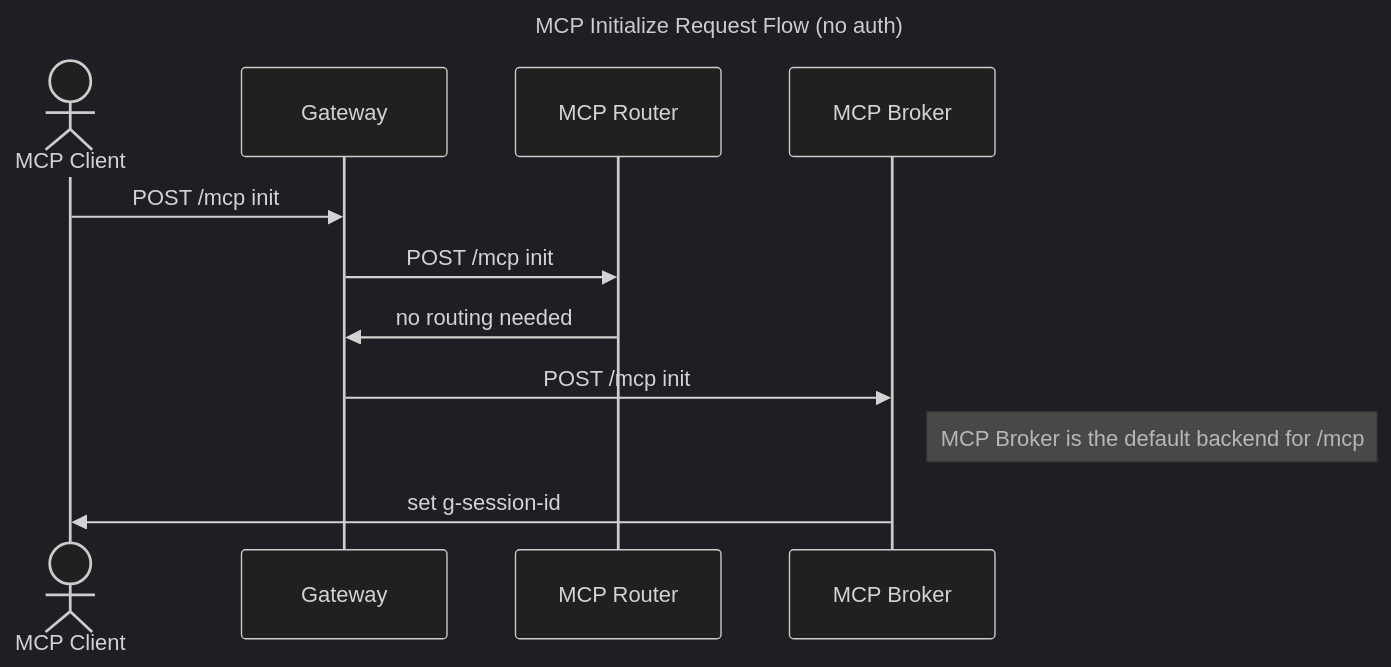
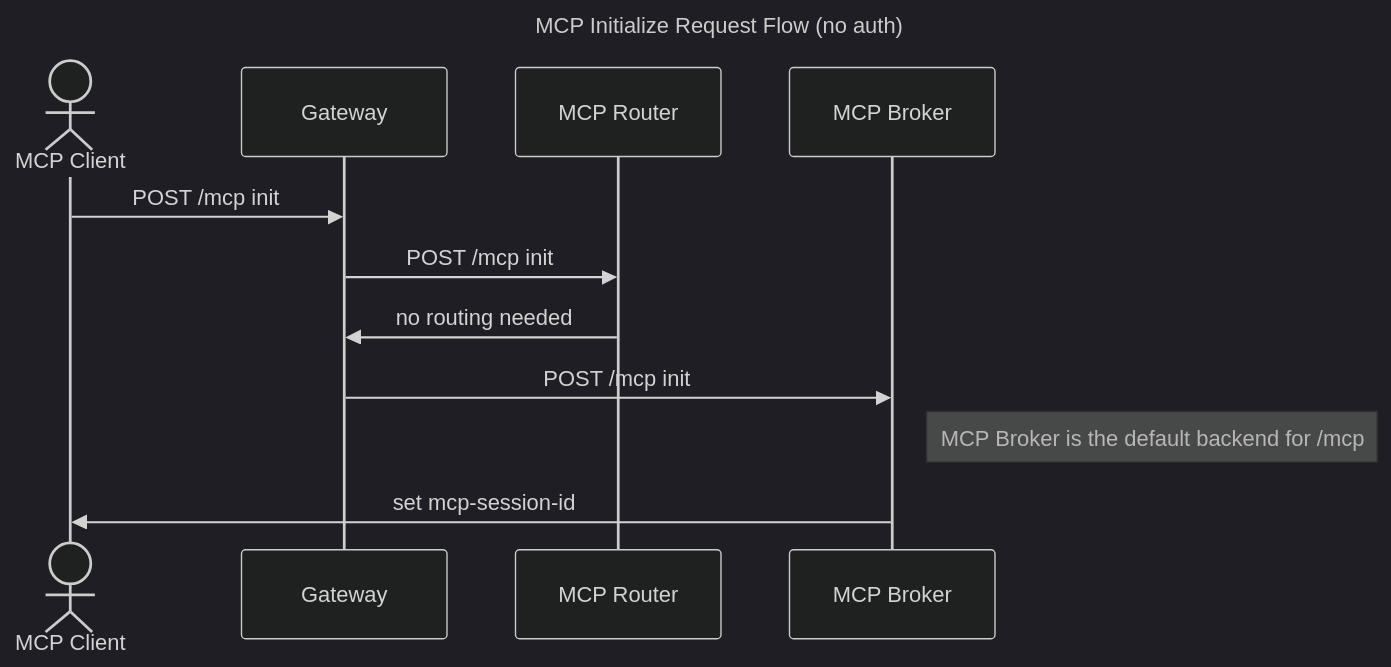
Before and after one commit to kagenti/mcp-gateway: the first of 5 diagrams in docs/design/flows.md, drawn with Mermaid (dark theme). The commit also changed other lines of this file and 28 other files, not shown here.

````diff
--- a/docs/design/flows.md
+++ b/docs/design/flows.md
@@ -14,11 +14,11 @@
 ```mermaid
 sequenceDiagram
         title MCP Initialize Request Flow (no auth)
         actor MCP Client
         MCP Client->>Gateway: POST /mcp init
         Gateway->>MCP Router: POST /mcp init
         MCP Router->>Gateway: no routing needed
         Gateway->>MCP Broker: POST /mcp init
         note right of MCP Broker: MCP Broker is the default backend for /mcp
-        MCP Broker->>MCP Client: set g-session-id
+        MCP Broker->>MCP Client: set mcp-session-id
 ```
````
